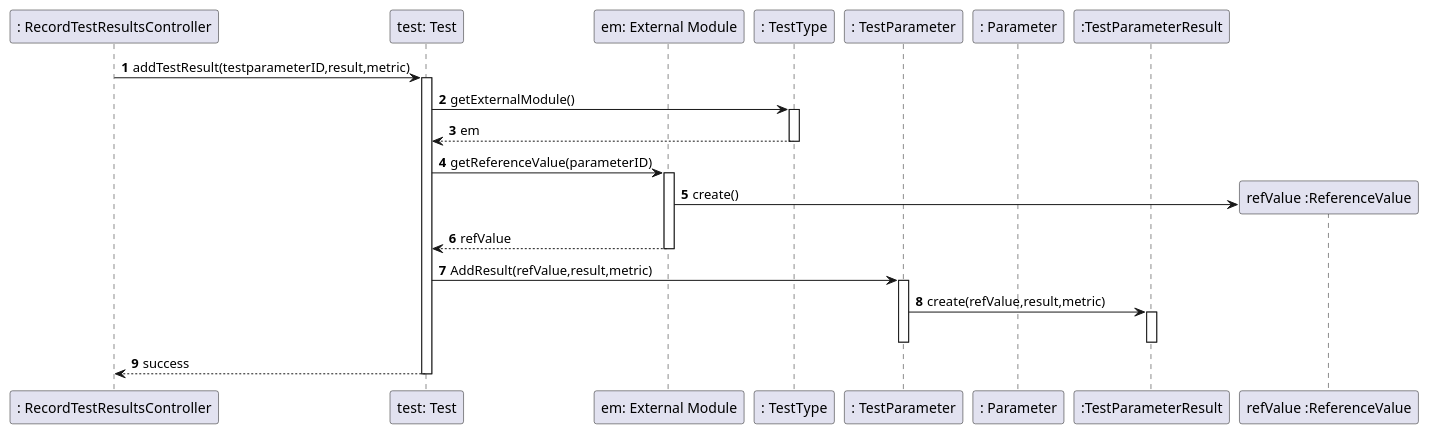
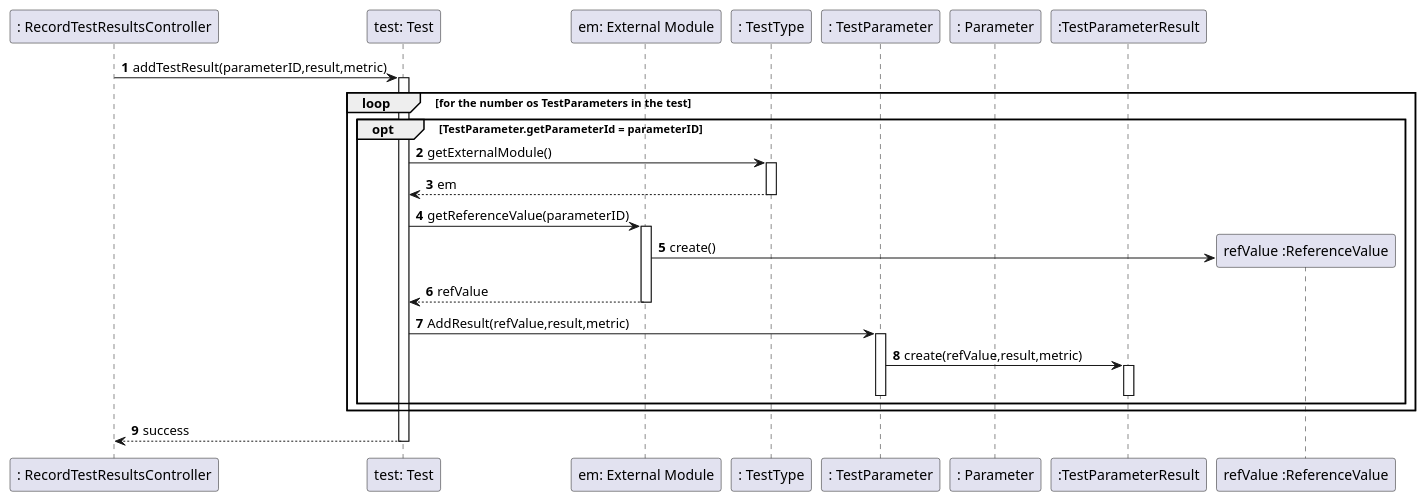
One commit to manu-07-ela/LAPR2_ISEP changed the diagram in docs/SprintC/US12/SD_AddResult.puml. Above: the diagram before and after it, drawn with PlantUML. The commit also changed 23 other files, not shown here.

```diff
--- a/docs/SprintC/US12/SD_AddResult.puml
+++ b/docs/SprintC/US12/SD_AddResult.puml
@@ -1,42 +1,46 @@
 @startuml
 'https://plantuml.com/sequence-diagram
 
 autonumber
 
 participant ": RecordTestResultsController" as CTRL
 participant "test: Test" as Test
 participant "em: External Module" as EM
 participant ": TestType" as TT
 participant ": TestParameter" as TestParam
 participant ": Parameter" as Param
 participant ":TestParameterResult" as TestPResult
 participant "refValue :ReferenceValue" as Ref
 
 
 
-CTRL -> Test : addTestResult(testparameterID,result,metric)
+CTRL -> Test : addTestResult(parameterID,result,metric)
 activate Test
+loop for the number os TestParameters in the test
+opt TestParameter.getParameterId = parameterID
 Test -> TT : getExternalModule()
 activate TT
 TT--> Test : em
 deactivate TT
 Test -> EM : getReferenceValue(parameterID)
 activate EM
 EM -> Ref** : create()
 EM --> Test : refValue
 deactivate EM
 Test -> TestParam :AddResult(refValue,result,metric)
 activate TestParam
 TestParam -> TestPResult : create(refValue,result,metric)
 activate TestPResult
 deactivate TestPResult
 deactivate TestParam
+end
+end
 
 Test --> CTRL : success
 deactivate Test
 
 
 
 
 
 @enduml
```
